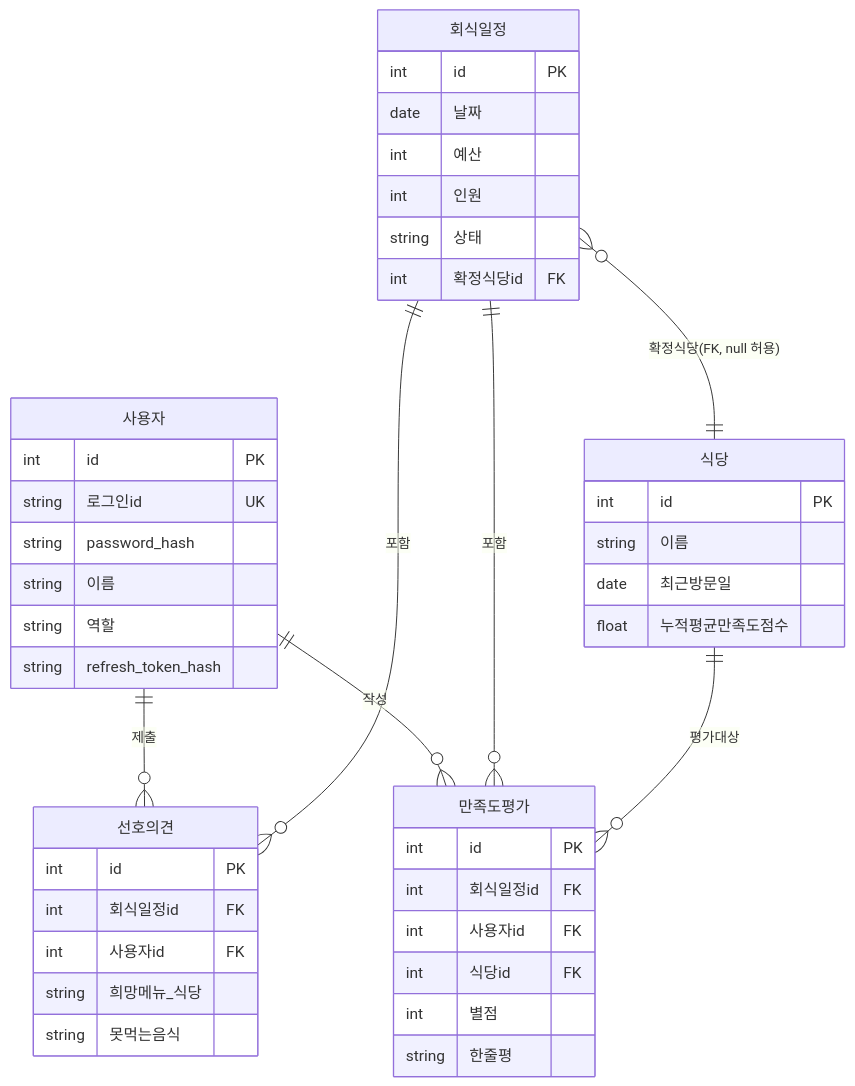
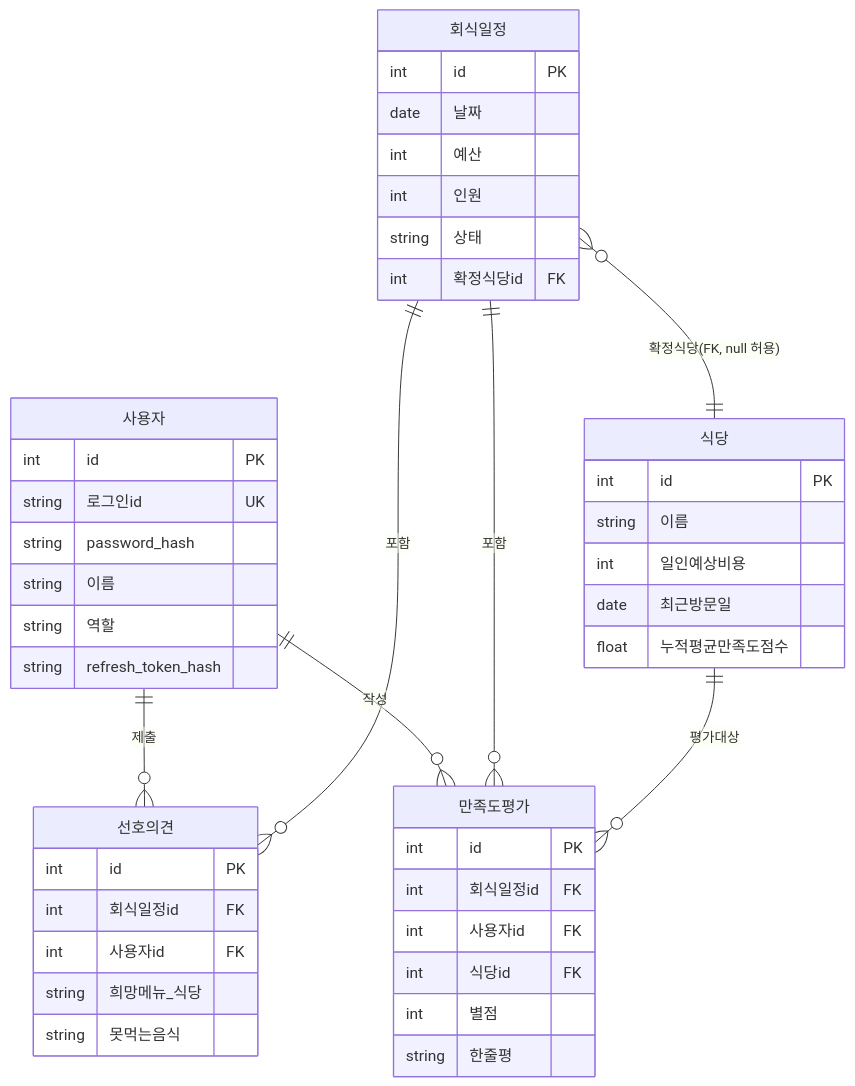
One commit to yhj010128/b2b-promotion changed the diagram in docs/7-erd.md. Above: the diagram before and after it, drawn with Mermaid. The commit also changed other lines of this file and 9 other files, not shown here.

````diff
--- a/docs/7-erd.md
+++ b/docs/7-erd.md
@@ -5,51 +5,52 @@
 ```mermaid
 erDiagram
     사용자 {
         int id PK
         string 로그인id UK
         string password_hash
         string 이름
         string 역할
         string refresh_token_hash
     }
 
     회식일정 {
         int id PK
         date 날짜
         int 예산
         int 인원
         string 상태
         int 확정식당id FK
     }
 
     선호의견 {
         int id PK
         int 회식일정id FK
         int 사용자id FK
         string 희망메뉴_식당
         string 못먹는음식
     }
 
     만족도평가 {
         int id PK
         int 회식일정id FK
         int 사용자id FK
         int 식당id FK
         int 별점
         string 한줄평
     }
 
     식당 {
         int id PK
         string 이름
+        int 일인예상비용
         date 최근방문일
         float 누적평균만족도점수
     }
 
     사용자 ||--o{ 선호의견 : "제출"
     사용자 ||--o{ 만족도평가 : "작성"
     회식일정 ||--o{ 선호의견 : "포함"
     회식일정 ||--o{ 만족도평가 : "포함"
     회식일정 }o--|| 식당 : "확정식당(FK, null 허용)"
     식당 ||--o{ 만족도평가 : "평가대상"
 ```
````
